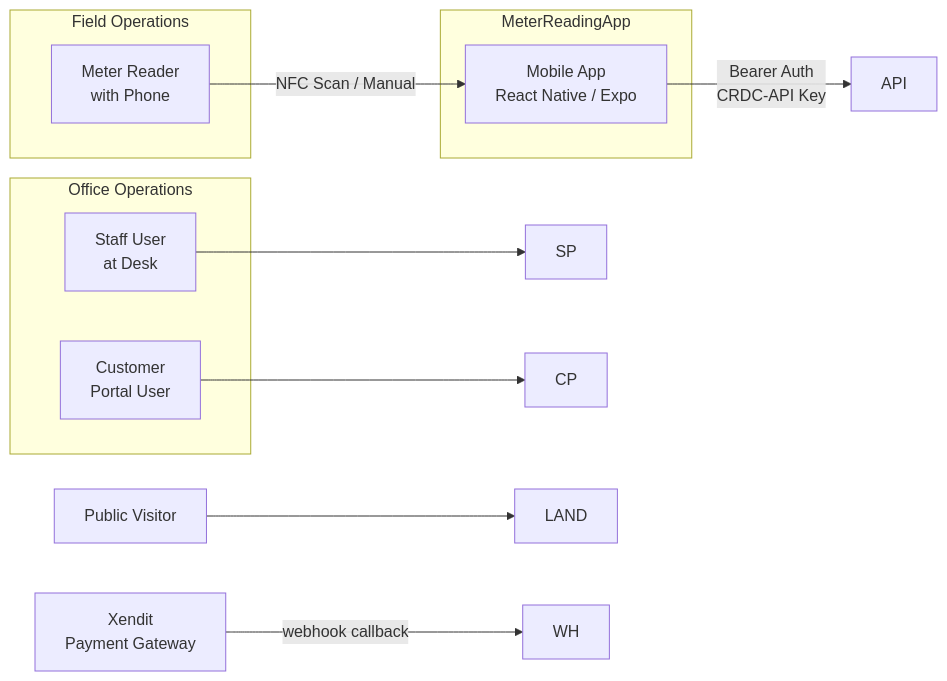
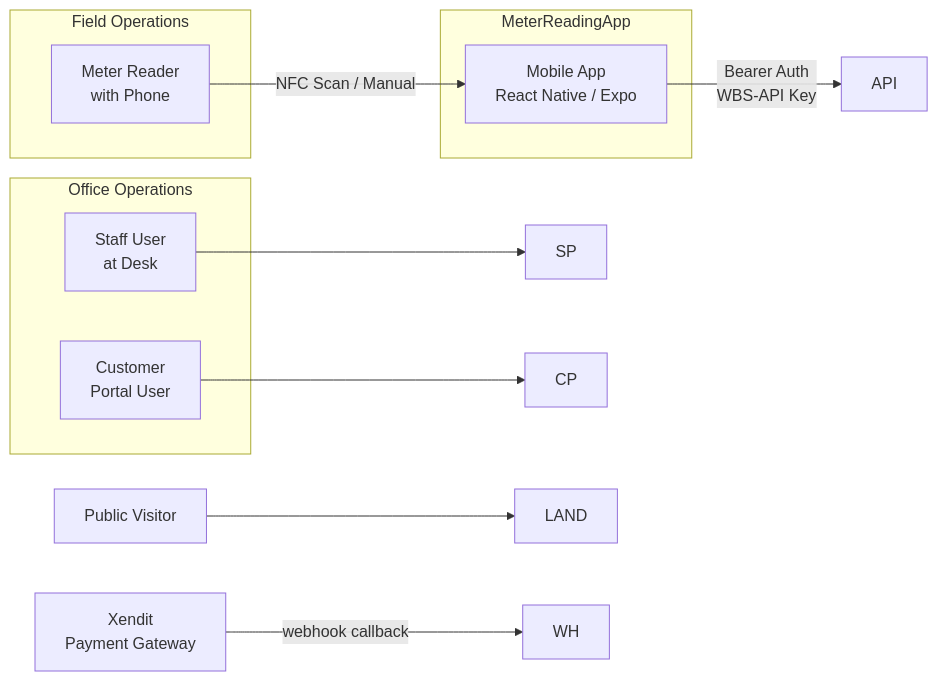
Before and after one commit to NovaProtocol/WaterBillingSystem: the second of 2 diagrams in documentation/docs/index.md, drawn with Mermaid. The commit also changed 72 other files, not shown here.

````diff
--- a/documentation/docs/index.md
+++ b/documentation/docs/index.md
@@ -77,21 +77,21 @@
 ```mermaid
 graph LR
  subgraph "Field Operations"
  MN["Meter Reader<br/>with Phone"]
  end
  subgraph "Office Operations"
  SP_USER["Staff User<br/>at Desk"]
  CUST_USER["Customer<br/>Portal User"]
  end
 
  subgraph "MeterReadingApp"
  MOB["Mobile App<br/>React Native / Expo"]
  end
 
  MN -->|"NFC Scan / Manual"| MOB
- MOB -->|"Bearer Auth<br/>CRDC-API Key"| API
+ MOB -->|"Bearer Auth<br/>WBS-API Key"| API
  SP_USER --> SP
  CUST_USER --> CP
  PUBLIC["Public Visitor"] --> LAND
  XENDIT["Xendit<br/>Payment Gateway"] -->|"webhook callback"| WH
 ```
````
